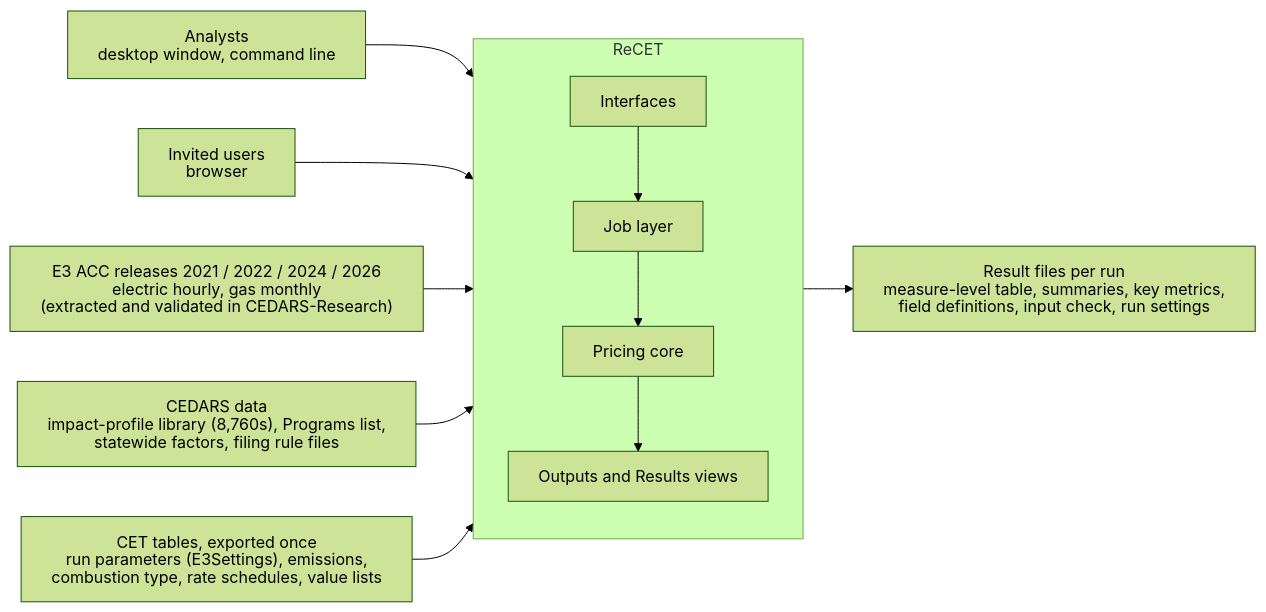
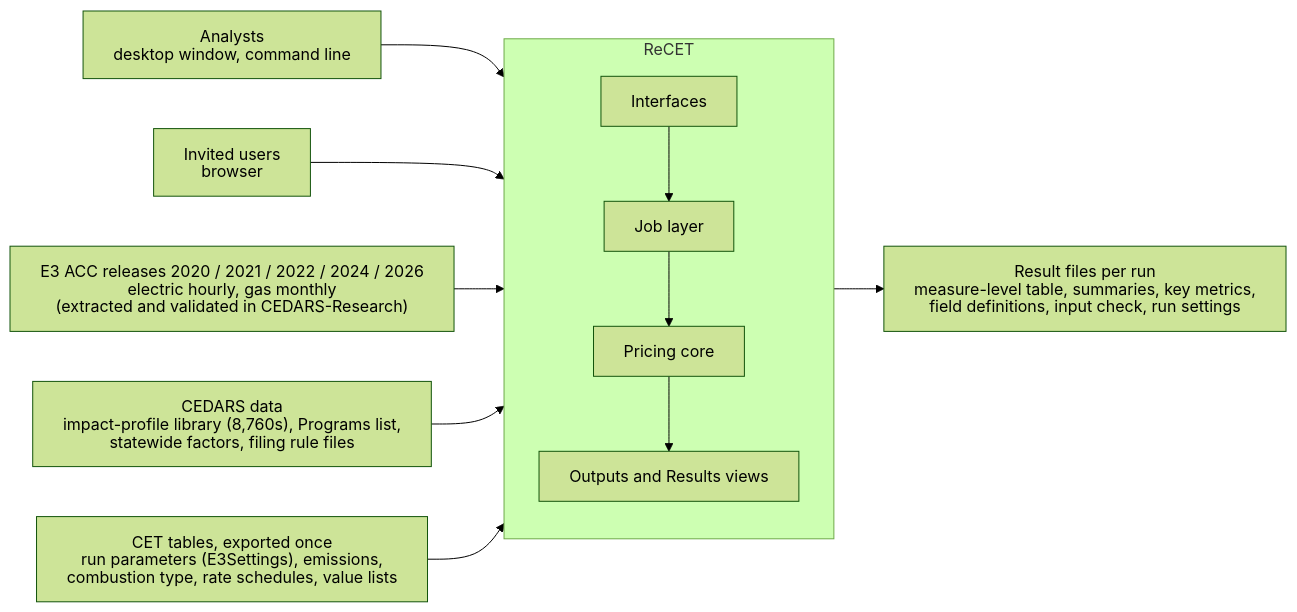
Before and after one commit to JRichardson-PGE/ReCET: the first of 7 diagrams in recet/docs/ARCHITECTURE.md, drawn with Mermaid (forest theme). The commit also changed other lines of this file and 30 other files, not shown here.

````diff
--- a/recet/docs/ARCHITECTURE.md
+++ b/recet/docs/ARCHITECTURE.md
@@ -71,22 +71,22 @@
 ```mermaid
 ---
 config:
   htmlLabels: false
   flowchart:
     htmlLabels: false
     wrappingWidth: 400
 ---
 flowchart LR
     accTitle: ReCET in its context
     accDescr: Analysts use the desktop window and command line, invited users the browser. ReCET's interfaces, job layer, pricing core and outputs read the E3 ACC releases, CEDARS data and CET tables, and write result files for each run.
     analysts["Analysts<br/>desktop window, command line"] --> recet
     users["Invited users<br/>browser"] --> recet
     subgraph recet["ReCET"]
         direction TB
         ui["Interfaces"] --> job["Job layer"] --> core["Pricing core"] --> out["Outputs and Results views"]
     end
-    acc["E3 ACC releases 2021 / 2022 / 2024 / 2026<br/>electric hourly, gas monthly<br/>(extracted and validated in CEDARS-Research)"] --> recet
+    acc["E3 ACC releases 2020 / 2021 / 2022 / 2024 / 2026<br/>electric hourly, gas monthly<br/>(extracted and validated in CEDARS-Research)"] --> recet
     cedars["CEDARS data<br/>impact-profile library (8,760s), Programs list,<br/>statewide factors, filing rule files"] --> recet
     cet["CET tables, exported once<br/>run parameters (E3Settings), emissions,<br/>combustion type, rate schedules, value lists"] --> recet
     recet --> files["Result files per run<br/>measure-level table, summaries, key metrics,<br/>field definitions, input check, run settings"]
 ```
````
